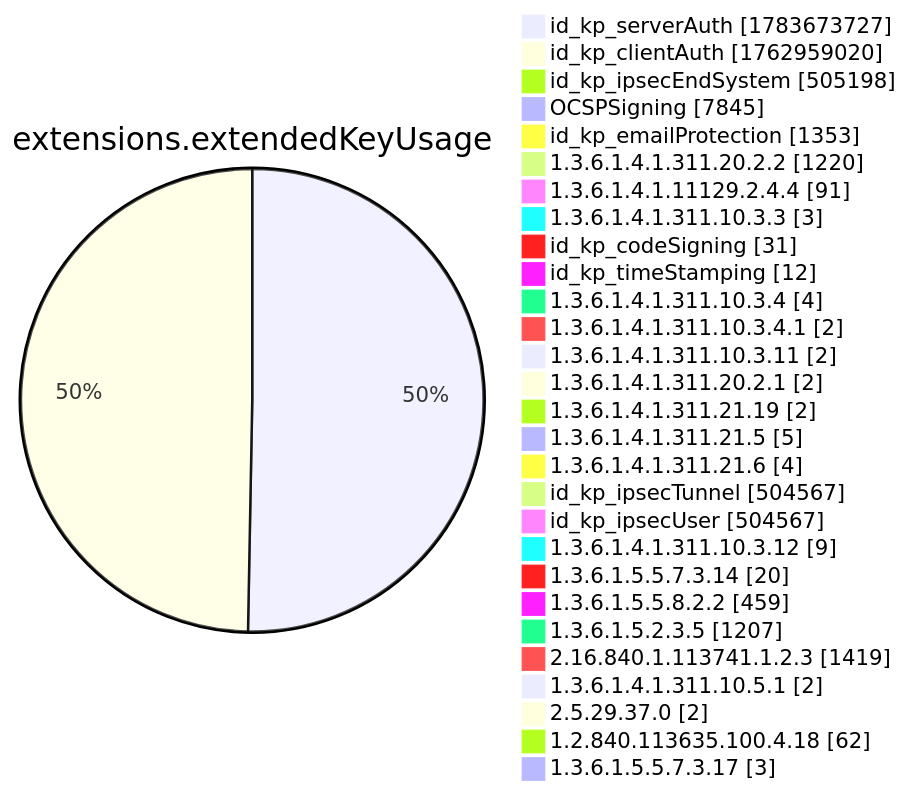
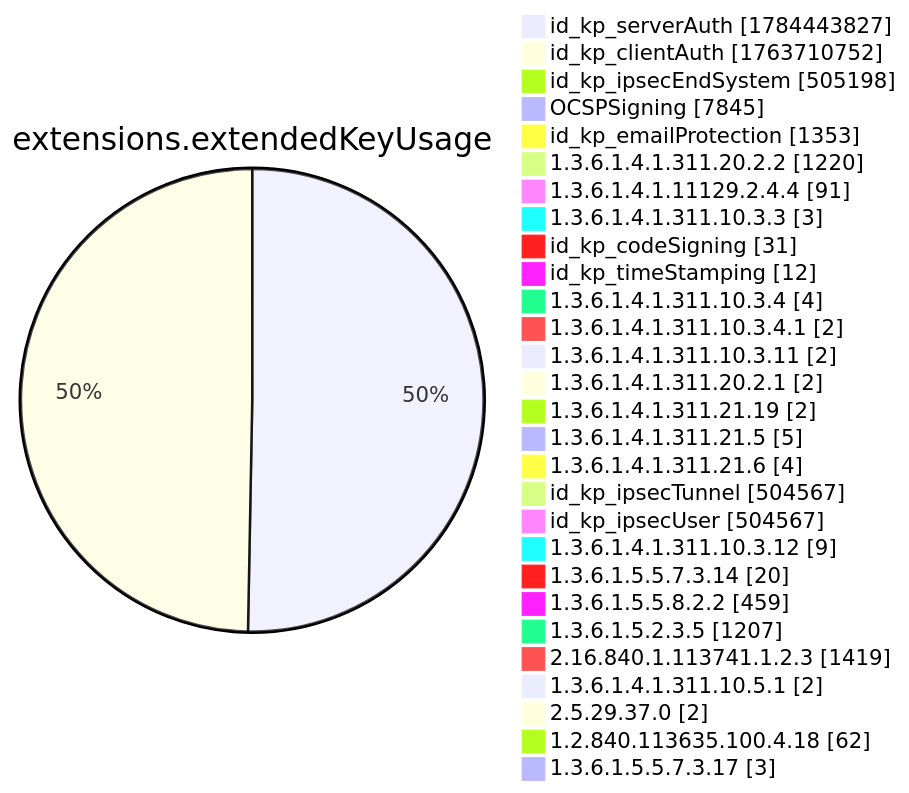
Before and after one commit to christiankrug/ctmonitor_visualization: diagram 12 of 15 in xenon2022/README.md, drawn with Mermaid. The commit also changed other lines of this file, not shown here.

````diff
--- a/xenon2022/README.md
+++ b/xenon2022/README.md
@@ -3894,32 +3894,32 @@
 ```mermaid
 pie showData
 title extensions.extendedKeyUsage
-"id_kp_serverAuth" :1783673727
-"id_kp_clientAuth" :1762959020
+"id_kp_serverAuth" :1784443827
+"id_kp_clientAuth" :1763710752
 "id_kp_ipsecEndSystem" :505198
 "OCSPSigning" :7845
 "id_kp_emailProtection" :1353
 "1.3.6.1.4.1.311.20.2.2" :1220
 "1.3.6.1.4.1.11129.2.4.4" :91
 "1.3.6.1.4.1.311.10.3.3" :3
 "id_kp_codeSigning" :31
 "id_kp_timeStamping" :12
 "1.3.6.1.4.1.311.10.3.4" :4
 "1.3.6.1.4.1.311.10.3.4.1" :2
 "1.3.6.1.4.1.311.10.3.11" :2
 "1.3.6.1.4.1.311.20.2.1" :2
 "1.3.6.1.4.1.311.21.19" :2
 "1.3.6.1.4.1.311.21.5" :5
 "1.3.6.1.4.1.311.21.6" :4
 "id_kp_ipsecTunnel" :504567
 "id_kp_ipsecUser" :504567
 "1.3.6.1.4.1.311.10.3.12" :9
 "1.3.6.1.5.5.7.3.14" :20
 "1.3.6.1.5.5.8.2.2" :459
 "1.3.6.1.5.2.3.5" :1207
 "2.16.840.1.113741.1.2.3" :1419
 "1.3.6.1.4.1.311.10.5.1" :2
 "2.5.29.37.0" :2
 "1.2.840.113635.100.4.18" :62
 "1.3.6.1.5.5.7.3.17" :3
 ```
````
